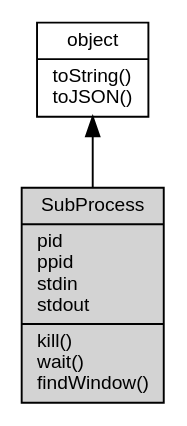
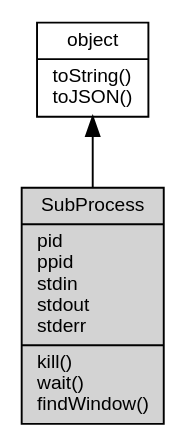
One commit to fibjs/fibjs.org changed the diagram in docs/manual/object/ifs/SubProcess.md. Above: the diagram before and after it, drawn with Graphviz. The commit also changed other lines of this file and 216 other files, not shown here.

````diff
--- a/docs/manual/object/ifs/SubProcess.md
+++ b/docs/manual/object/ifs/SubProcess.md
@@ -10,10 +10,10 @@
 ```dot
 digraph {
     node [fontname="Helvetica,sans-Serif", fontsize=10, shape="record", style="filled", fillcolor="white"];
 
     object [tooltip="object", URL="object.md", label="{object|toString()\ltoJSON()\l}"];
-    SubProcess [tooltip="SubProcess", fillcolor="lightgray", id="me", label="{SubProcess|pid\lppid\lstdin\lstdout\l|kill()\lwait()\lfindWindow()\l}"];
+    SubProcess [tooltip="SubProcess", fillcolor="lightgray", id="me", label="{SubProcess|pid\lppid\lstdin\lstdout\lstderr\l|kill()\lwait()\lfindWindow()\l}"];
 
     object -> SubProcess [dir=back];
 }
 ```
````
